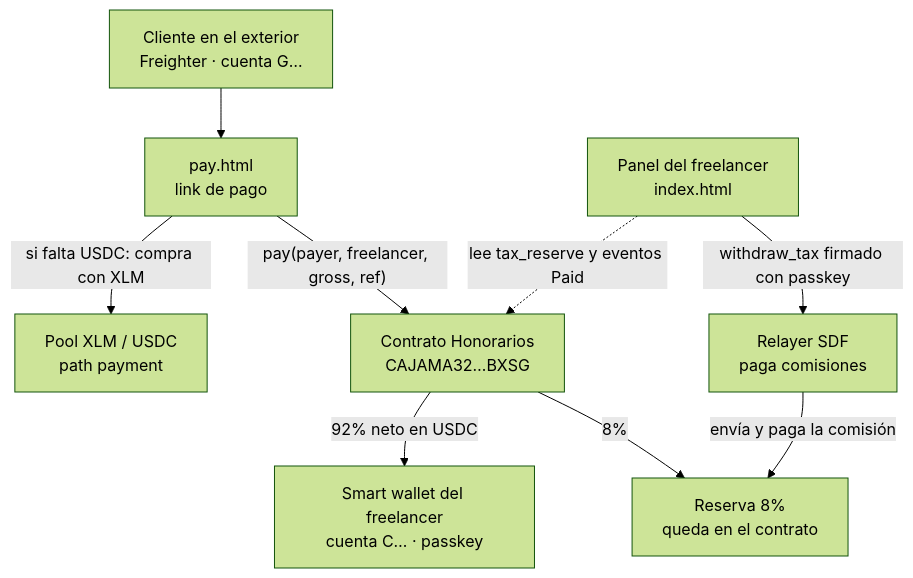
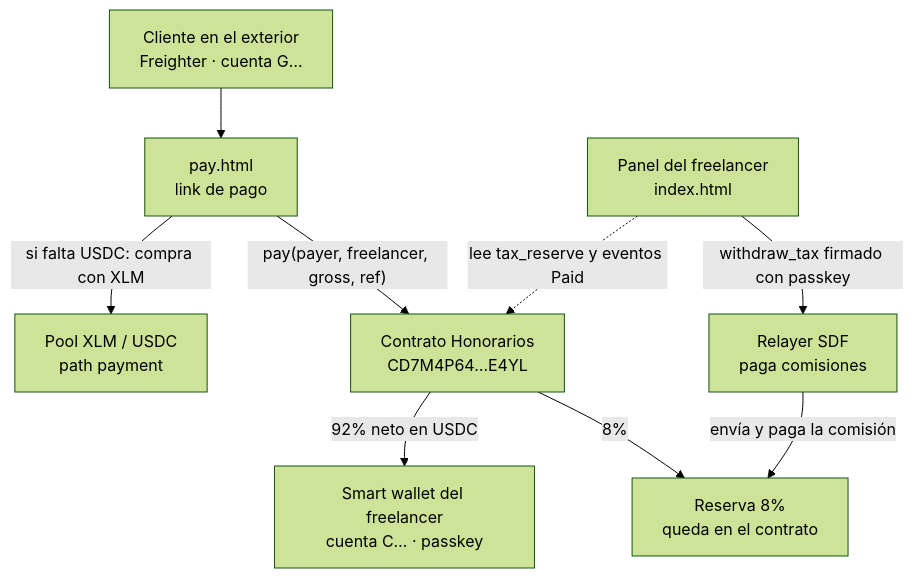
The first of 3 diagrams in docs/arquitectura.md (kasbsquall/honorarios), drawn with Mermaid (forest theme) before and after one commit. The commit also changed other lines of this file and 28 other files, not shown here.

````diff
--- a/docs/arquitectura.md
+++ b/docs/arquitectura.md
@@ -9,20 +9,20 @@
 ```mermaid
 flowchart TB
   CL["Cliente en el exterior<br/>Freighter · cuenta G…"]
   PG["pay.html<br/>link de pago"]
   POOL["Pool XLM / USDC<br/>path payment"]
-  H["Contrato Honorarios<br/>CAJAMA32…BXSG"]
+  H["Contrato Honorarios<br/>CD7M4P64…E4YL"]
   RES["Reserva 8%<br/>queda en el contrato"]
   SW["Smart wallet del freelancer<br/>cuenta C… · passkey"]
   D["Panel del freelancer<br/>index.html"]
   R["Relayer SDF<br/>paga comisiones"]
 
   CL --> PG
   PG -->|"si falta USDC: compra con XLM"| POOL
   PG -->|"pay(payer, freelancer, gross, ref)"| H
   H -->|"92% neto en USDC"| SW
   H -->|"8%"| RES
   D -.->|"lee tax_reserve y eventos Paid"| H
   D -->|"withdraw_tax firmado con passkey"| R
   R -->|"envía y paga la comisión"| RES
 ```
````
